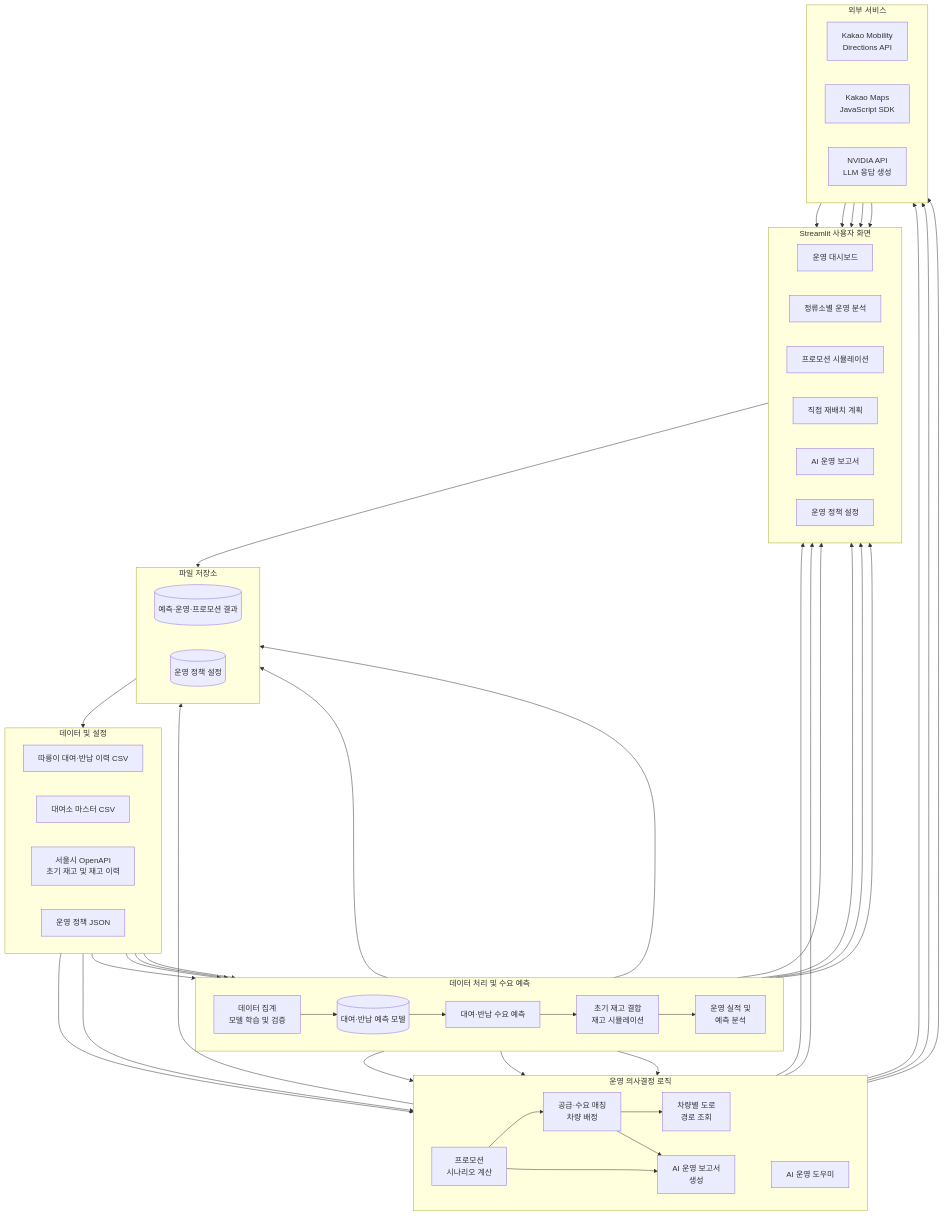
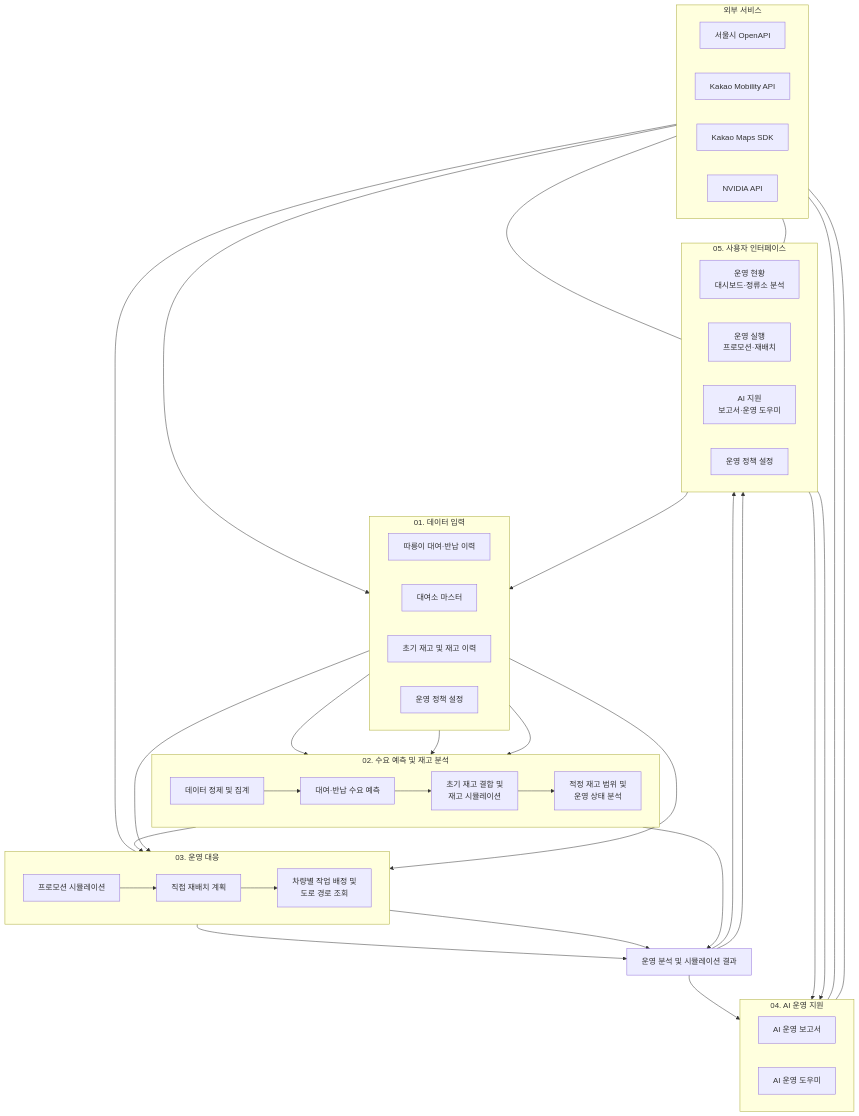
Before and after one commit to DDylan05/GoruFleet: the second of 2 diagrams in readme.md, drawn with Mermaid.

Commit message:
readme.md update

````diff
--- a/readme.md
+++ b/readme.md
@@ -192,98 +192,82 @@
 ```mermaid
 flowchart TB
-    subgraph DATA["데이터 및 설정"]
+
+    subgraph DATA["01. 데이터 입력"]
         direction LR
-        A["따릉이 대여·반납 이력 CSV"]
-        B["대여소 마스터 CSV"]
-        C["서울시 OpenAPI<br/>초기 재고 및 재고 이력"]
-        D["운영 정책 JSON"]
+        D1["따릉이 대여·반납 이력"]
+        D2["대여소 마스터"]
+        D3["초기 재고 및 재고 이력"]
+        D4["운영 정책 설정"]
     end
 
-    subgraph PREDICT["데이터 처리 및 수요 예측"]
+    subgraph ANALYSIS["02. 수요 예측 및 재고 분석"]
         direction LR
-        E["데이터 집계<br/>모델 학습 및 검증"]
-        M[("대여·반납 예측 모델")]
-        F["대여·반납 수요 예측"]
-        G["초기 재고 결합<br/>재고 시뮬레이션"]
-        H["운영 실적 및<br/>예측 분석"]
+        A1["데이터 정제 및 집계"]
+        A2["대여·반납 수요 예측"]
+        A3["초기 재고 결합 및<br/>재고 시뮬레이션"]
+        A4["적정 재고 범위 및<br/>운영 상태 분석"]
+
+        A1 --> A2 --> A3 --> A4
     end
 
-    subgraph LOGIC["운영 의사결정 로직"]
+    subgraph DECISION["03. 운영 대응"]
         direction LR
-        I["프로모션<br/>시나리오 계산"]
-        J["공급·수요 매칭<br/>차량 배정"]
-        K["차량별 도로<br/>경로 조회"]
-        L["AI 운영 보고서<br/>생성"]
-        N["AI 운영 도우미"]
+        O1["프로모션 시뮬레이션"]
+        O2["직접 재배치 계획"]
+        O3["차량별 작업 배정 및<br/>도로 경로 조회"]
+
+        O1 --> O2 --> O3
     end
 
-    subgraph STORAGE["파일 저장소"]
+    subgraph AI["04. AI 운영 지원"]
         direction LR
-        O[("예측·운영·프로모션 결과")]
-        P[("운영 정책 설정")]
+        AI1["AI 운영 보고서"]
+        AI2["AI 운영 도우미"]
     end
 
-    subgraph APP["Streamlit 사용자 화면"]
+    R["운영 분석 및 시뮬레이션 결과"]
+
+    subgraph APP["05. 사용자 인터페이스"]
         direction LR
-        U1["운영 대시보드"]
-        U2["정류소별 운영 분석"]
-        U3["프로모션 시뮬레이션"]
-        U4["직접 재배치 계획"]
-        U5["AI 운영 보고서"]
-        U6["운영 정책 설정"]
+        U1["운영 현황<br/>대시보드·정류소 분석"]
+        U2["운영 실행<br/>프로모션·재배치"]
+        U3["AI 지원<br/>보고서·운영 도우미"]
+        U4["운영 정책 설정"]
     end
 
-    subgraph EXTERNAL["외부 서비스"]
+    subgraph API["외부 서비스"]
         direction LR
-        X1["Kakao Mobility<br/>Directions API"]
-        X2["Kakao Maps<br/>JavaScript SDK"]
-        X3["NVIDIA API<br/>LLM 응답 생성"]
+        X1["서울시 OpenAPI"]
+        X2["Kakao Mobility API"]
+        X3["Kakao Maps SDK"]
+        X4["NVIDIA API"]
     end
 
-    A --> E
-    B --> E
-    E --> M
-    M --> F
-    F --> G
-    B --> G
-    C --> G
+    D1 --> A1
+    D2 --> A1
+    X1 --> D3
+    D3 --> A3
 
-    G --> O
-    G --> H
-    H --> O
+    A4 --> R
+    A4 --> O1
 
-    G --> I
-    D --> I
-    I --> O
+    D4 --> O1
+    D4 --> O2
 
-    I --> J
-    D --> J
-    J --> K
-    K --> X1
-    X1 --> U4
+    O1 --> R
+    O3 --> R
 
-    X2 --> U1
-    X2 --> U3
-    X2 --> U4
+    R --> AI1
+    R --> U1
+    R --> U2
 
-    G --> U1
-    H --> U1
-    G --> U2
-    H --> U2
-    I --> U3
-    J --> U4
+    U4 --> D4
+    X2 --- O3
+    X3 --- U1
+    X3 --- U2
 
-    G --> L
-    H --> L
-    I --> L
-    J --> L
-    L --> X3
-    N --> X3
-    X3 --> U5
-
-    U6 --> P
-    P --> D
-
-    I ~~~ L
-    L ~~~ N
+    AI1 --- X4
+    AI2 --- X4
+    U1 --> AI2
+    U2 --> AI2
 ```
````
